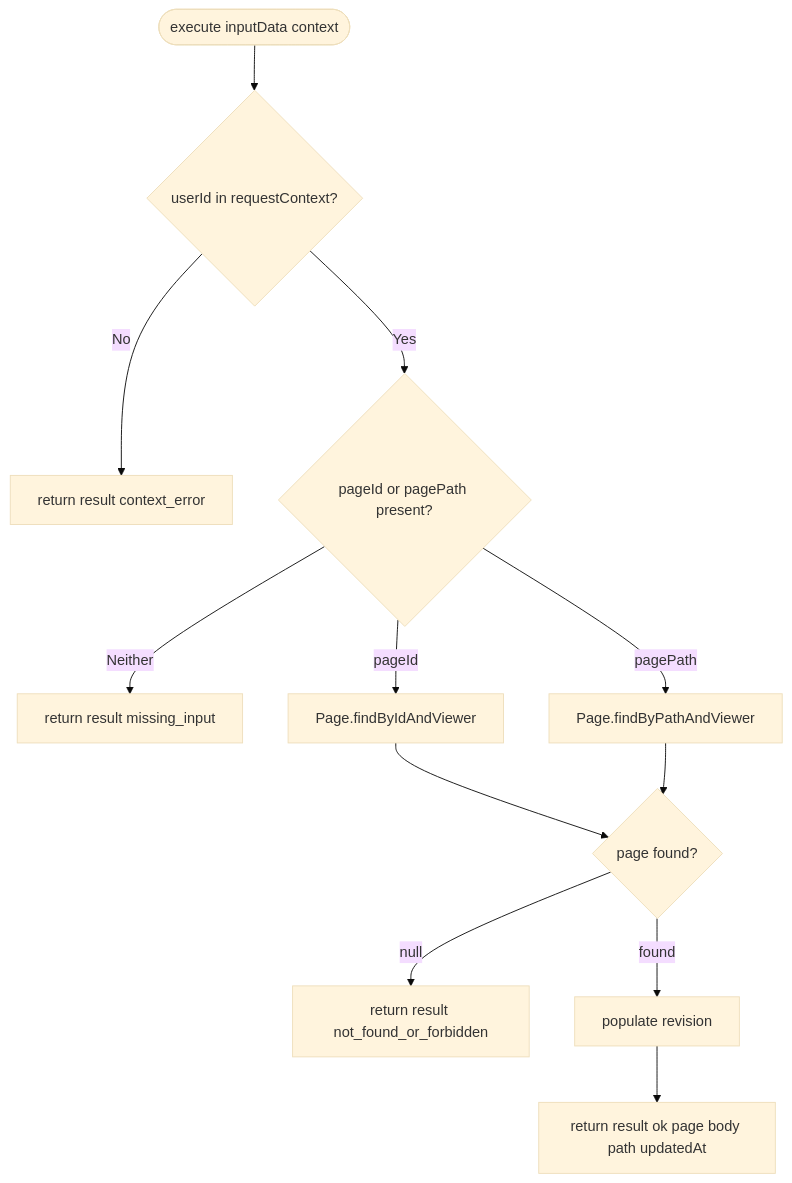
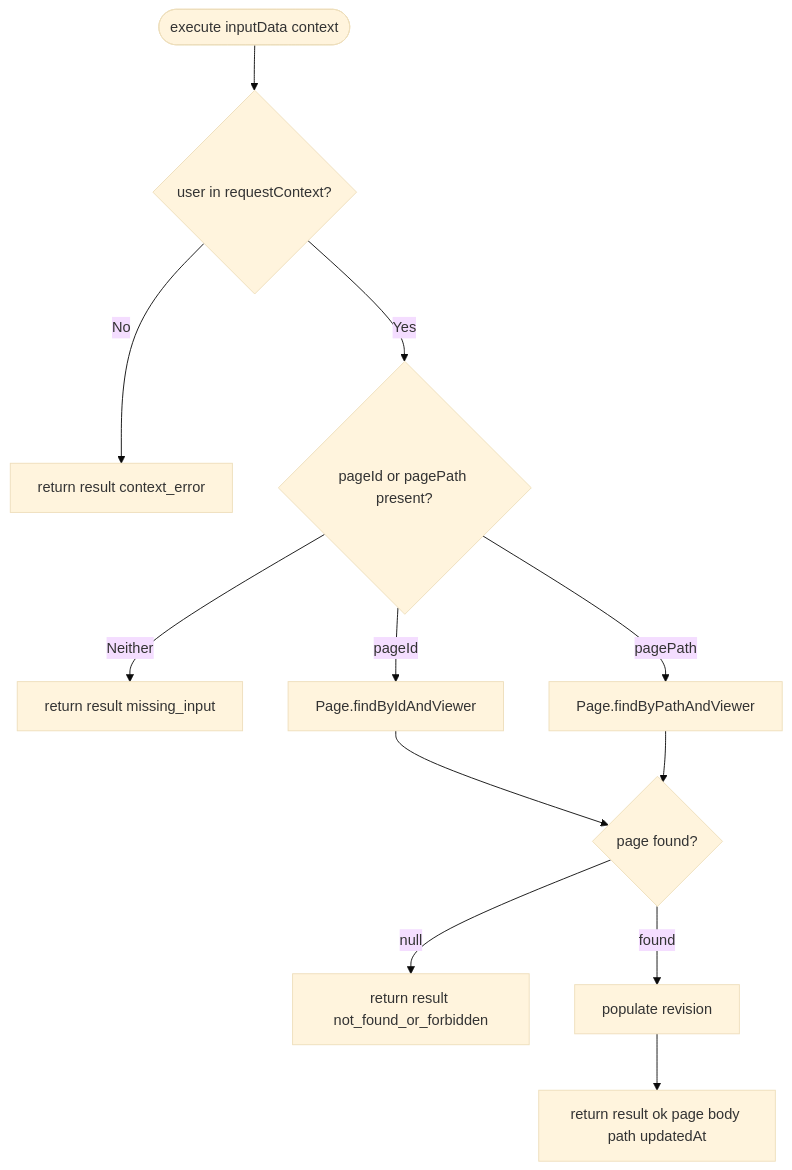
The third of 4 diagrams in .kiro/specs/agentic-search/design.md (growilabs/growi), drawn with Mermaid (base theme) before and after one commit. The commit also changed other lines of this file and 1 other file, not shown here.

Commit message:
feat: Enhance agentic search tools and request context

````diff
--- a/.kiro/specs/agentic-search/design.md
+++ b/.kiro/specs/agentic-search/design.md
@@ -242,14 +242,14 @@
 ```mermaid
 flowchart TD
-    Start([execute inputData context]) --> CheckCtx{userId in requestContext?}
+    Start([execute inputData context]) --> CheckCtx{user in requestContext?}
     CheckCtx -- No --> ContextError[return result context_error]
     CheckCtx -- Yes --> CheckInput{pageId or pagePath present?}
     CheckInput -- Neither --> MissingInput[return result missing_input]
     CheckInput -- pageId --> ById[Page.findByIdAndViewer]
     CheckInput -- pagePath --> ByPath[Page.findByPathAndViewer]
     ById --> Result{page found?}
     ByPath --> Result
     Result -- null --> NotFound[return result not_found_or_forbidden]
     Result -- found --> Populate[populate revision]
     Populate --> Return[return result ok page body path updatedAt]
 ```
````
